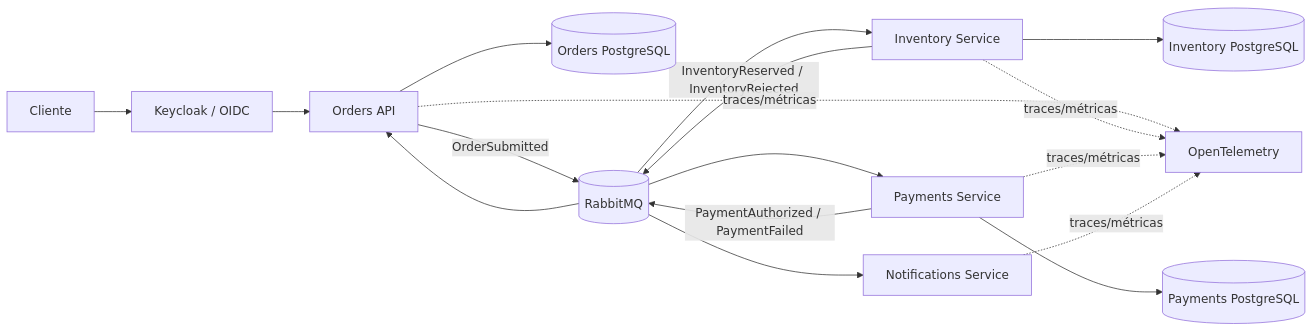
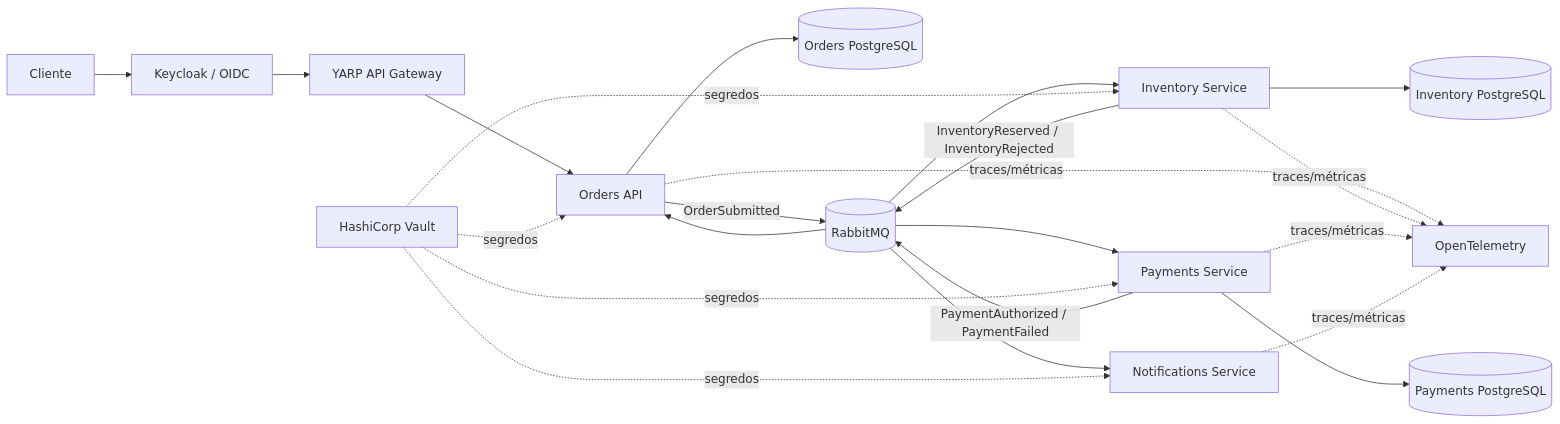
Before and after one commit to WillianZanutoOliveira/api-dotnet: the diagram in README.md, drawn with Mermaid. The commit also changed other lines of this file, not shown here.

````diff
--- a/README.md
+++ b/README.md
@@ -65,24 +71,30 @@
 ```mermaid
 flowchart LR
     Client[Cliente] --> Keycloak[Keycloak / OIDC]
-    Keycloak --> Orders[Orders API]
+    Keycloak --> Gateway[YARP API Gateway]
+    Gateway --> Orders[Orders API]
 
     Orders --> ODB[(Orders PostgreSQL)]
     Orders -- OrderSubmitted --> Rabbit[(RabbitMQ)]
 
     Rabbit --> Inventory[Inventory Service]
     Inventory --> IDB[(Inventory PostgreSQL)]
     Inventory -- InventoryReserved / InventoryRejected --> Rabbit
 
     Rabbit --> Payments[Payments Service]
     Payments --> PDB[(Payments PostgreSQL)]
     Payments -- PaymentAuthorized / PaymentFailed --> Rabbit
 
     Rabbit --> Orders
     Rabbit --> Notifications[Notifications Service]
 
+    Vault[HashiCorp Vault] -. segredos .-> Orders
+    Vault -. segredos .-> Inventory
+    Vault -. segredos .-> Payments
+    Vault -. segredos .-> Notifications
+
     Orders -. traces/métricas .-> OTel[OpenTelemetry]
     Inventory -. traces/métricas .-> OTel
     Payments -. traces/métricas .-> OTel
     Notifications -. traces/métricas .-> OTel
 ```
````
